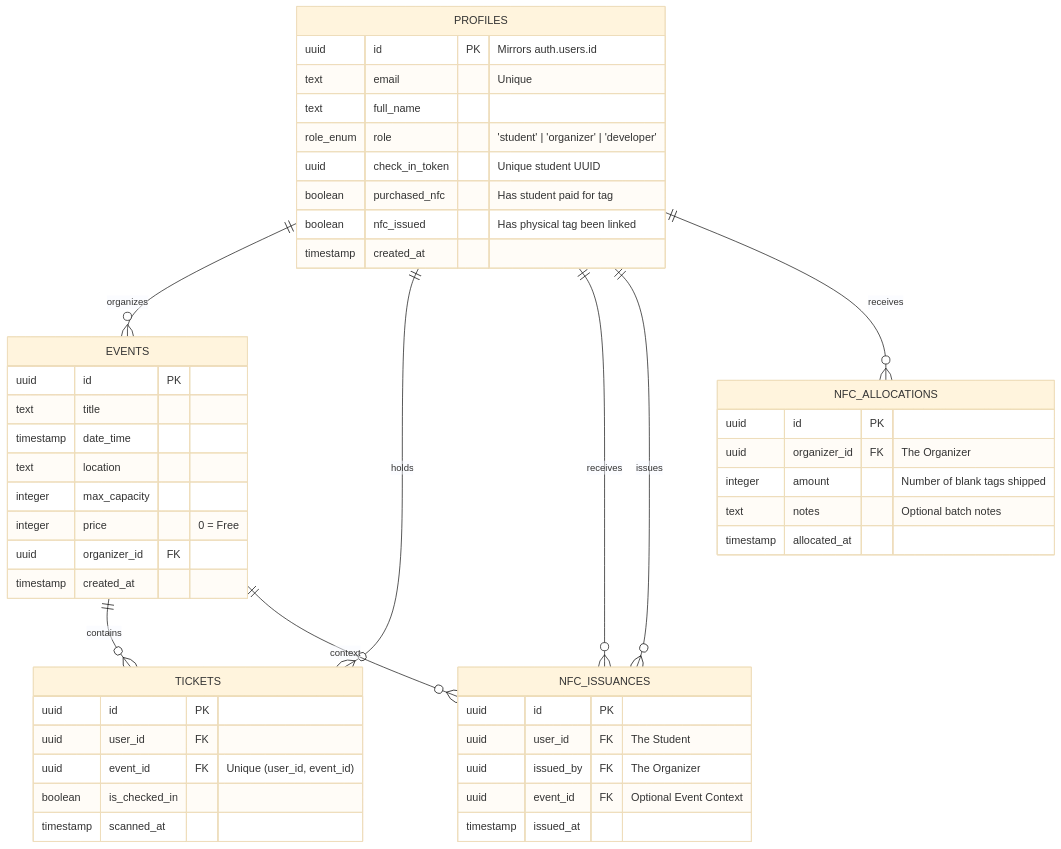
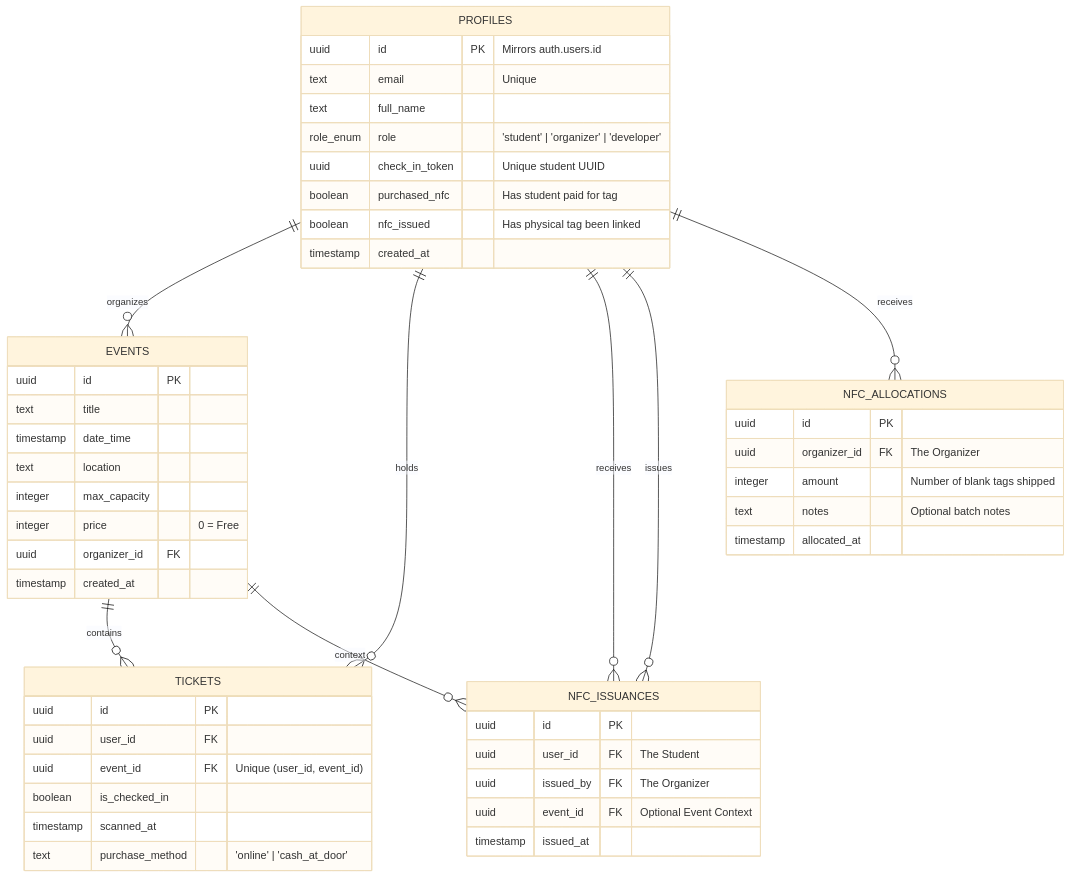
One commit to aungmoe32/CETDIS changed the first of 4 diagrams in PROJECT_CONTEXT.md. Above: the diagram before and after it, drawn with Mermaid (base theme). The commit also changed other lines of this file and 7 other files, not shown here.

First line of the commit message:
feat: add at-the-door walk-up ticket sales and cash reconciliation

````diff
--- a/PROJECT_CONTEXT.md
+++ b/PROJECT_CONTEXT.md
@@ -40,56 +41,57 @@
 ```mermaid
 erDiagram
     PROFILES ||--o{ EVENTS : organizes
     PROFILES ||--o{ TICKETS : holds
     EVENTS ||--o{ TICKETS : contains
     PROFILES ||--o{ NFC_ISSUANCES : receives
     PROFILES ||--o{ NFC_ISSUANCES : issues
     EVENTS ||--o{ NFC_ISSUANCES : context
     PROFILES ||--o{ NFC_ALLOCATIONS : receives
 
     PROFILES {
         uuid id PK "Mirrors auth.users.id"
         text email "Unique"
         text full_name
         role_enum role "'student' | 'organizer' | 'developer'"
         uuid check_in_token "Unique student UUID"
         boolean purchased_nfc "Has student paid for tag"
         boolean nfc_issued "Has physical tag been linked"
         timestamp created_at
     }
 
     EVENTS {
         uuid id PK
         text title
         timestamp date_time
         text location
         integer max_capacity
         integer price "0 = Free"
         uuid organizer_id FK
         timestamp created_at
     }
 
     TICKETS {
         uuid id PK
         uuid user_id FK
         uuid event_id FK "Unique (user_id, event_id)"
         boolean is_checked_in
         timestamp scanned_at
+        text purchase_method "'online' | 'cash_at_door'"
     }
 
     NFC_ISSUANCES {
         uuid id PK
         uuid user_id FK "The Student"
         uuid issued_by FK "The Organizer"
         uuid event_id FK "Optional Event Context"
         timestamp issued_at
     }
 
     NFC_ALLOCATIONS {
         uuid id PK
         uuid organizer_id FK "The Organizer"
         integer amount "Number of blank tags shipped"
         text notes "Optional batch notes"
         timestamp allocated_at
     }
 ```
````
